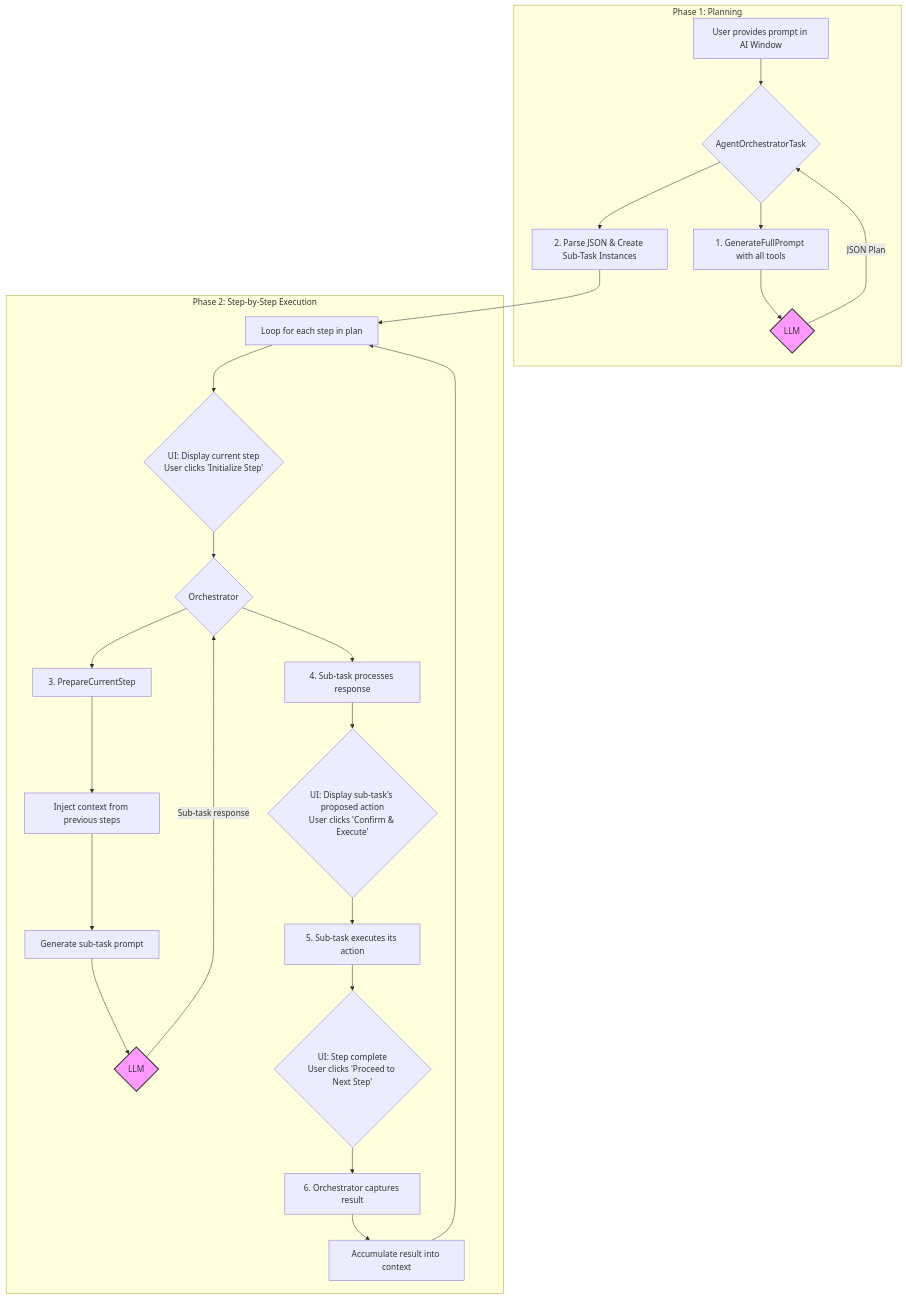
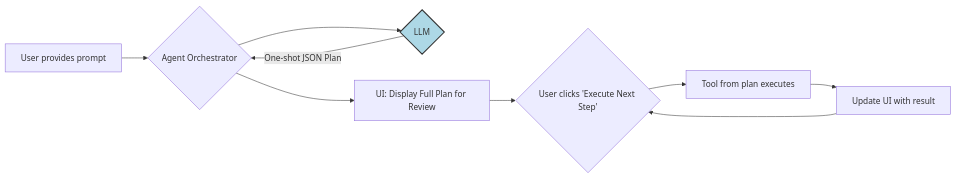
Before and after one commit to yanard18/com.denizyanar.forgeai: the diagram in README.md, drawn with Mermaid.

Commit message:
shorthen the graph

````diff
--- a/README.md
+++ b/README.md
@@ -23,31 +23,13 @@
 ```mermaid
-graph TD
-    subgraph "Phase 1: Planning"
-        A[User provides prompt in AI Window] --> B{AgentOrchestratorTask};
-        B --> C[1. GenerateFullPrompt with all tools];
-        C --> D{LLM};
-        D -- JSON Plan --> B;
-        B --> E[2. Parse JSON & Create Sub-Task Instances];
-    end
+graph LR
+    A[User provides prompt] --> B{Agent Orchestrator};
+    B --> C{LLM};
+    C -- One-shot JSON Plan --> B;
+    B --> D["UI: Display Full Plan for Review"];
+    D --> E{User clicks 'Execute Next Step'};
+    E --> F[Tool from plan executes];
+    F --> G[Update UI with result];
+    G --> E;
 
-    subgraph "Phase 2: Step-by-Step Execution"
-        E --> F[Loop for each step in plan];
-        F --> G{"UI: Display current step\nUser clicks 'Initialize Step'"};
-        G --> H{Orchestrator};
-        H --> I[3. PrepareCurrentStep];
-        I --> J[Inject context from previous steps];
-        J --> K[Generate sub-task prompt];
-        K --> L{LLM};
-        L -- Sub-task response --> H;
-        H --> M[4. Sub-task processes response];
-        M --> N{"UI: Display sub-task's proposed action\nUser clicks 'Confirm & Execute'"};
-        N --> O[5. Sub-task executes its action];
-        O --> P{"UI: Step complete\nUser clicks 'Proceed to Next Step'"};
-        P --> Q[6. Orchestrator captures result];
-        Q --> R[Accumulate result into context];
-        R --> F;
-    end
-
-    style D fill:#f9f,stroke:#333,stroke-width:2px
-    style L fill:#f9f,stroke:#333,stroke-width:2px
+    style C fill:#add8e6,stroke:#333,stroke-width:2px
 ```
````
